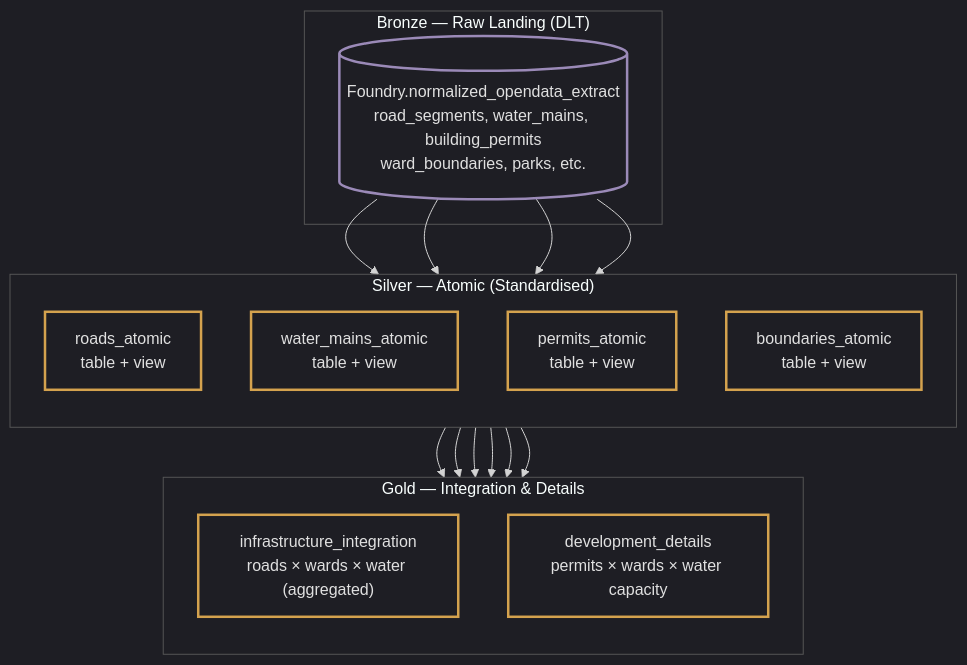
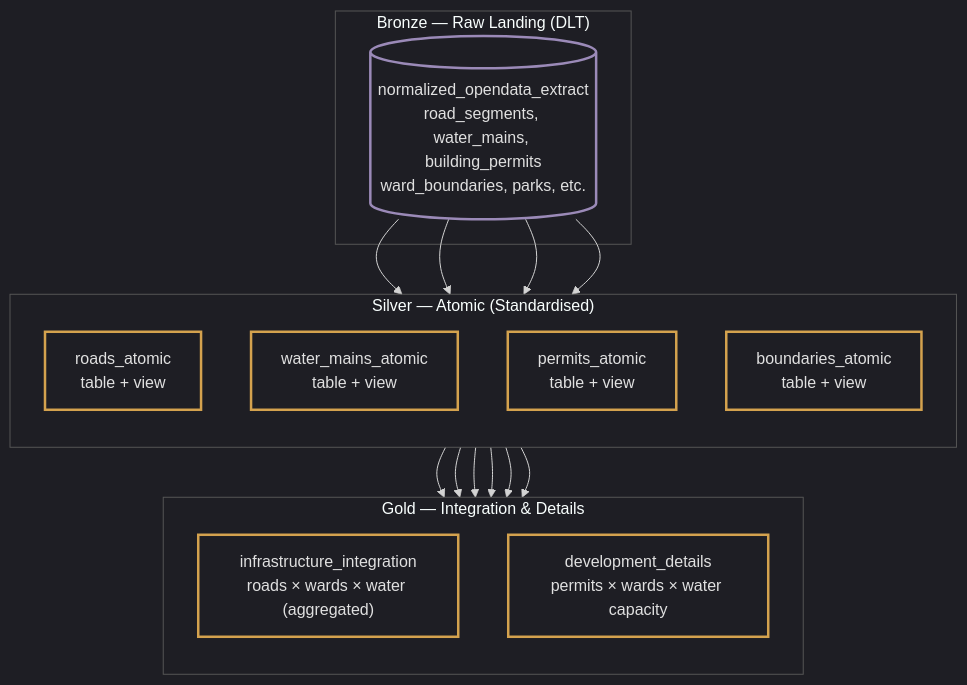
Before and after one commit to MetricForge-Analytics-Inc/MetricForge-City-Foundation: the fourth of 9 diagrams in Documentation/Architecture/system-architecture.md, drawn with Mermaid. The commit also changed other lines of this file and 3 other files, not shown here.

First line of the commit message:
docs: update all documentation to reflect current architecture

````diff
--- a/Documentation/Architecture/system-architecture.md
+++ b/Documentation/Architecture/system-architecture.md
@@ -129,35 +127,35 @@
 ```mermaid
 %%{init: {'theme': 'dark', 'themeVariables': {'mainBkg': 'transparent', 'nodeBorder': '#555', 'clusterBkg': 'transparent', 'clusterBorder': '#555'}}}%%
 flowchart TD
     classDef process fill:none,color:#e0e0e0,stroke:#d4a24e,stroke-width:2.5px
     classDef db fill:none,color:#e0e0e0,stroke:#9b8ab8,stroke-width:2.5px
 
     subgraph BRONZE ["Bronze — Raw Landing (DLT)"]
-        BT[("Foundry.normalized_opendata_extract<br/>road_segments, water_mains, building_permits<br/>ward_boundaries, parks, etc.")]:::db
+        BT[("normalized_opendata_extract<br/>road_segments, water_mains, building_permits<br/>ward_boundaries, parks, etc.")]:::db
     end
 
     subgraph SILVER ["Silver — Atomic (Standardised)"]
         direction TB
         A1["roads_atomic<br/>table + view"]:::process
         A2["water_mains_atomic<br/>table + view"]:::process
         A3["permits_atomic<br/>table + view"]:::process
         A4["boundaries_atomic<br/>table + view"]:::process
     end
 
     subgraph GOLD_T ["Gold — Integration & Details"]
         direction TB
         I1["infrastructure_integration<br/>roads × wards × water (aggregated)"]:::process
         D1["development_details<br/>permits × wards × water capacity"]:::process
     end
 
     BT --> A1
     BT --> A2
     BT --> A3
     BT --> A4
     A1 --> I1
     A2 --> I1
     A4 --> I1
     A3 --> D1
     A2 --> D1
     A4 --> D1
 ```
````
